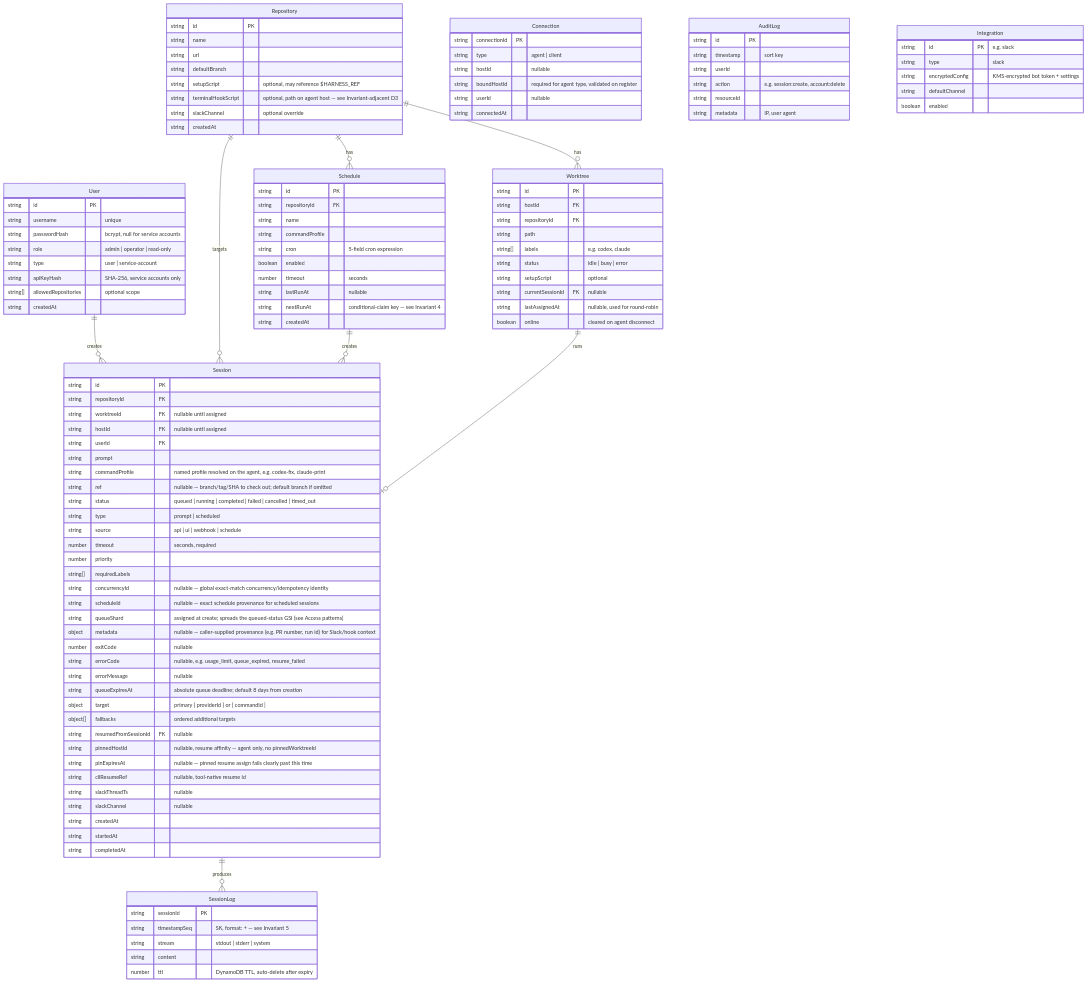
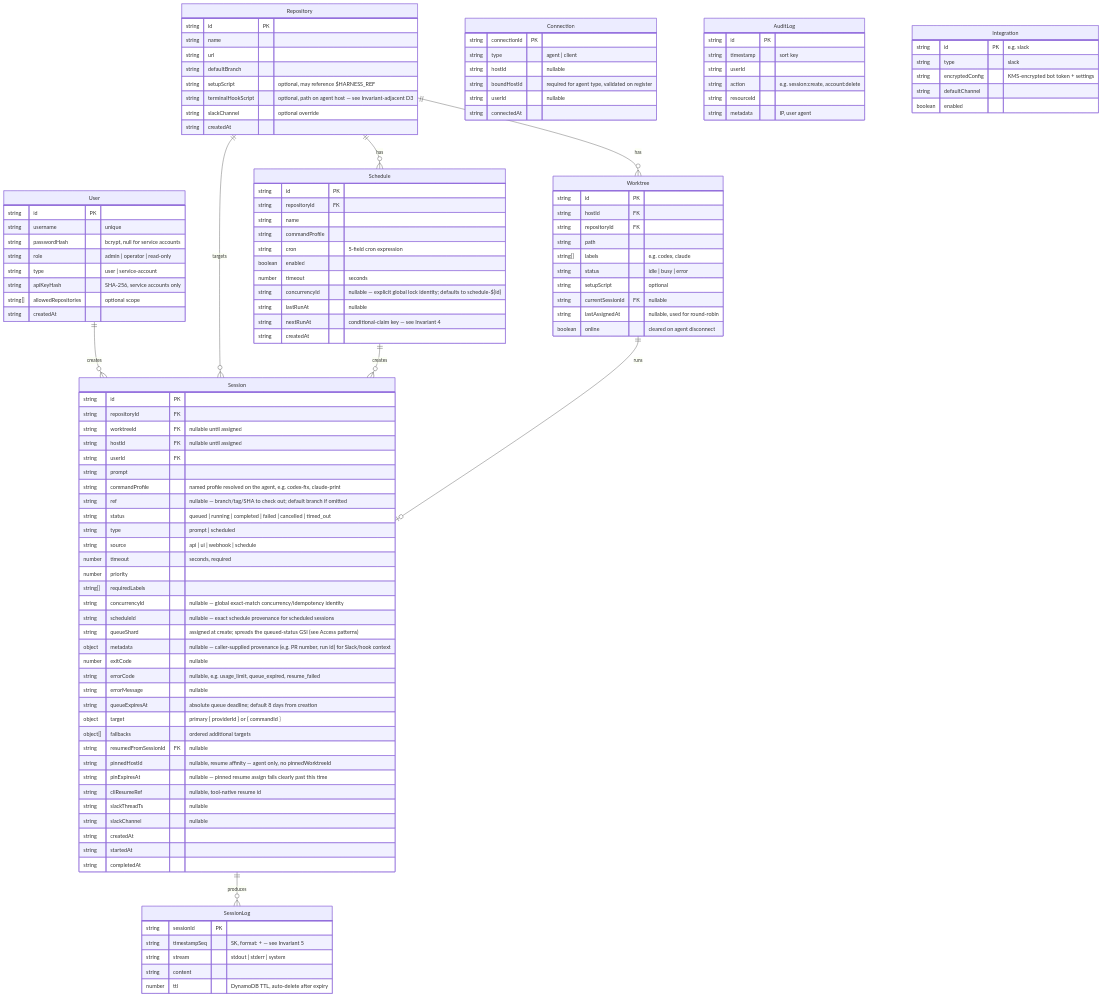
One commit to jonathanong/auto-harness changed the diagram in docs/plan.md. Above: the diagram before and after it, drawn with Mermaid. The commit also changed 15 other files, not shown here.

```diff
--- a/docs/plan.md
+++ b/docs/plan.md
@@ -175,6 +175,7 @@
         string cron "5-field cron expression"
         boolean enabled
         number timeout "seconds"
+        string concurrencyId "nullable — explicit global lock identity; defaults to schedule-${id}"
         string lastRunAt "nullable"
         string nextRunAt "conditional-claim key — see Invariant 4"
         string createdAt
```
